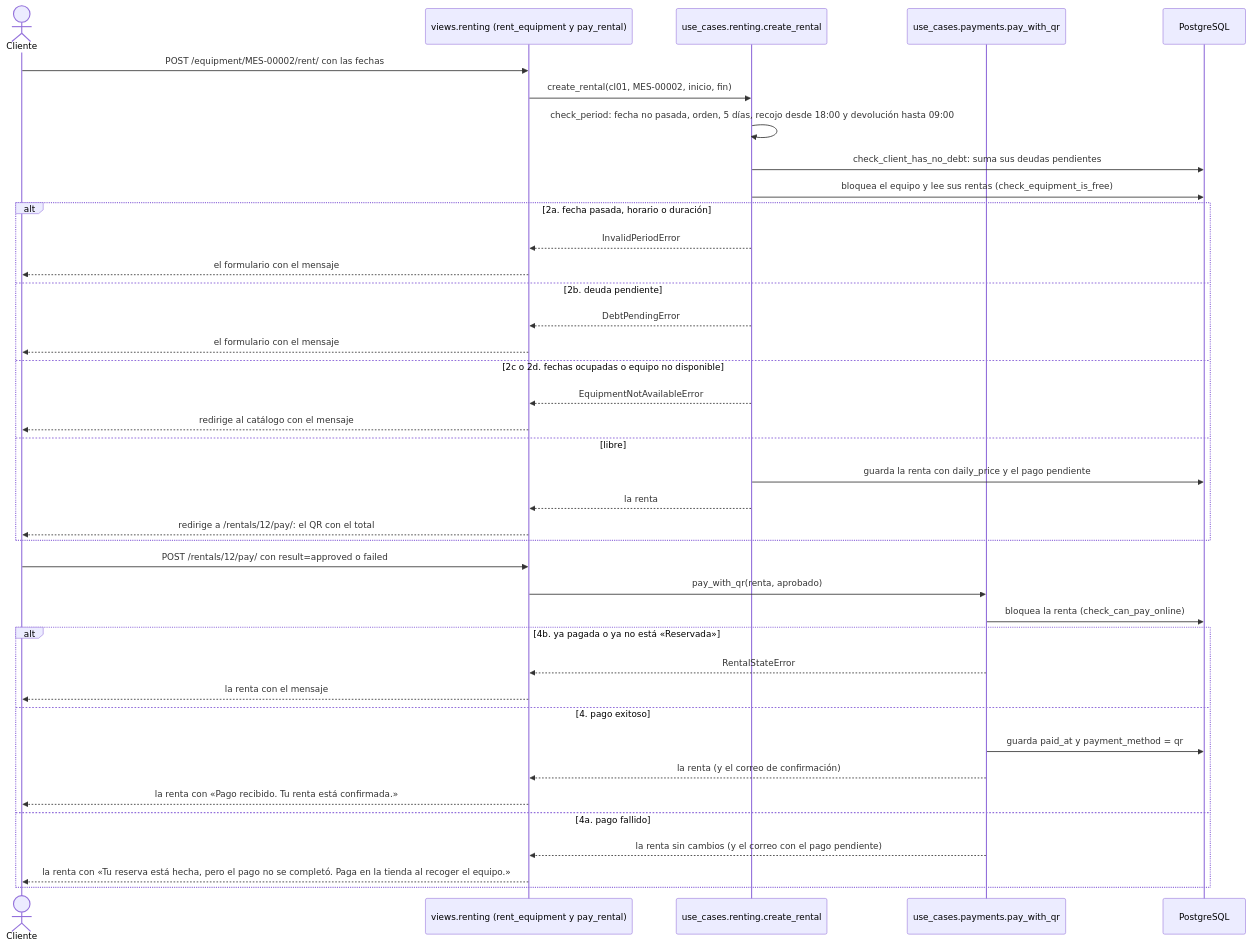
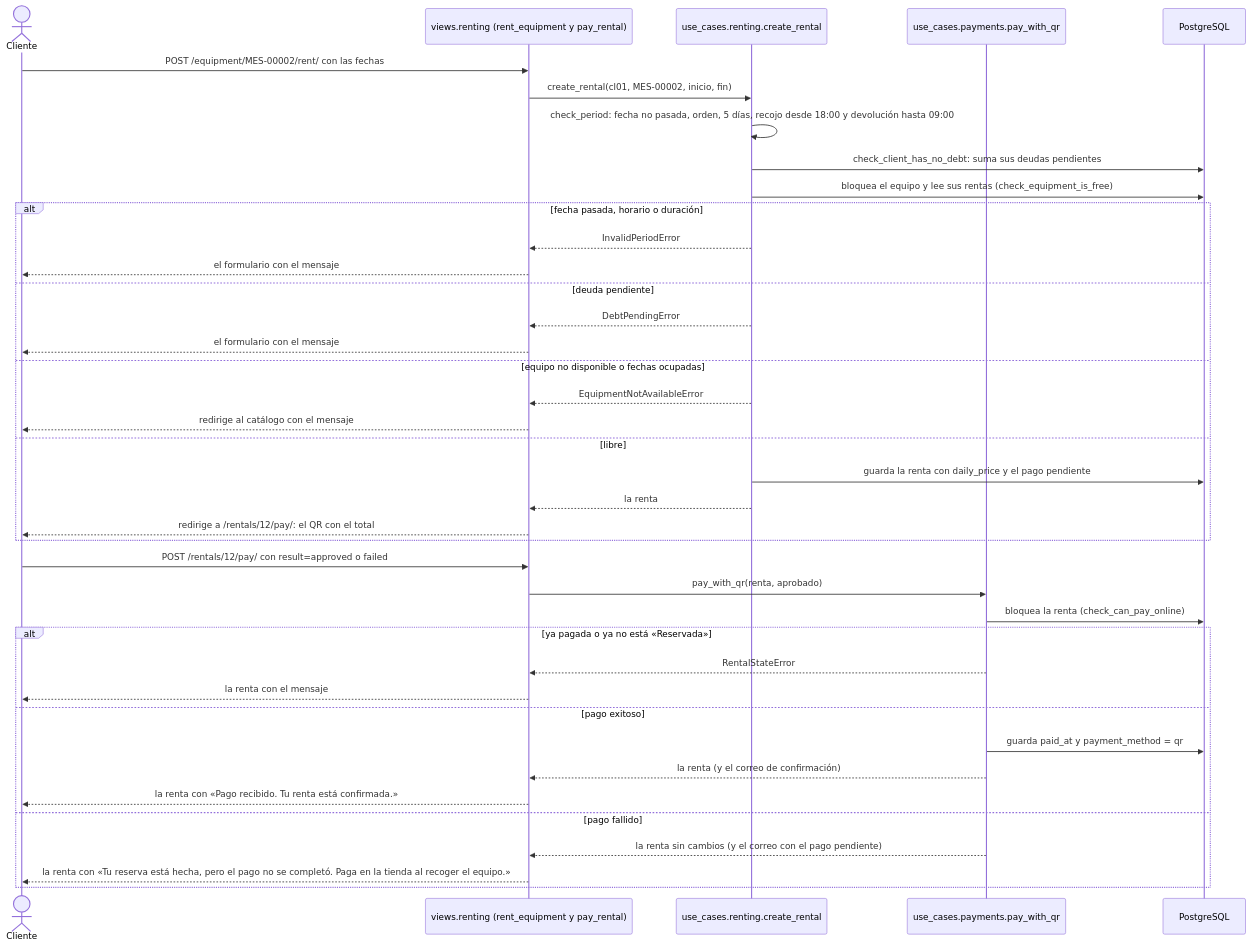
The ninth of 39 diagrams in docs/casos-de-uso.md (peterteranb/astra-rent-system), drawn with Mermaid before and after one commit. The commit also changed other lines of this file and 9 other files, not shown here.

````diff
--- a/docs/casos-de-uso.md
+++ b/docs/casos-de-uso.md
@@ -334,41 +443,41 @@
 ```mermaid
 sequenceDiagram
     actor C as Cliente
     participant V as views.renting (rent_equipment y pay_rental)
     participant R as use_cases.renting.create_rental
     participant P as use_cases.payments.pay_with_qr
     participant BD as PostgreSQL
     C->>V: POST /equipment/MES-00002/rent/ con las fechas
     V->>R: create_rental(cl01, MES-00002, inicio, fin)
     R->>R: check_period: fecha no pasada, orden, 5 días, recojo desde 18:00 y devolución hasta 09:00
     R->>BD: check_client_has_no_debt: suma sus deudas pendientes
     R->>BD: bloquea el equipo y lee sus rentas (check_equipment_is_free)
-    alt 2a. fecha pasada, horario o duración
+    alt fecha pasada, horario o duración
         R-->>V: InvalidPeriodError
         V-->>C: el formulario con el mensaje
-    else 2b. deuda pendiente
+    else deuda pendiente
         R-->>V: DebtPendingError
         V-->>C: el formulario con el mensaje
-    else 2c o 2d. fechas ocupadas o equipo no disponible
+    else equipo no disponible o fechas ocupadas
         R-->>V: EquipmentNotAvailableError
         V-->>C: redirige al catálogo con el mensaje
     else libre
         R->>BD: guarda la renta con daily_price y el pago pendiente
         R-->>V: la renta
         V-->>C: redirige a /rentals/12/pay/: el QR con el total
     end
     C->>V: POST /rentals/12/pay/ con result=approved o failed
     V->>P: pay_with_qr(renta, aprobado)
     P->>BD: bloquea la renta (check_can_pay_online)
-    alt 4b. ya pagada o ya no está «Reservada»
+    alt ya pagada o ya no está «Reservada»
         P-->>V: RentalStateError
         V-->>C: la renta con el mensaje
-    else 4. pago exitoso
+    else pago exitoso
         P->>BD: guarda paid_at y payment_method = qr
         P-->>V: la renta (y el correo de confirmación)
         V-->>C: la renta con «Pago recibido. Tu renta está confirmada.»
-    else 4a. pago fallido
+    else pago fallido
         P-->>V: la renta sin cambios (y el correo con el pago pendiente)
         V-->>C: la renta con «Tu reserva está hecha, pero el pago no se completó. Paga en la tienda al recoger el equipo.»
     end
 ```
````
